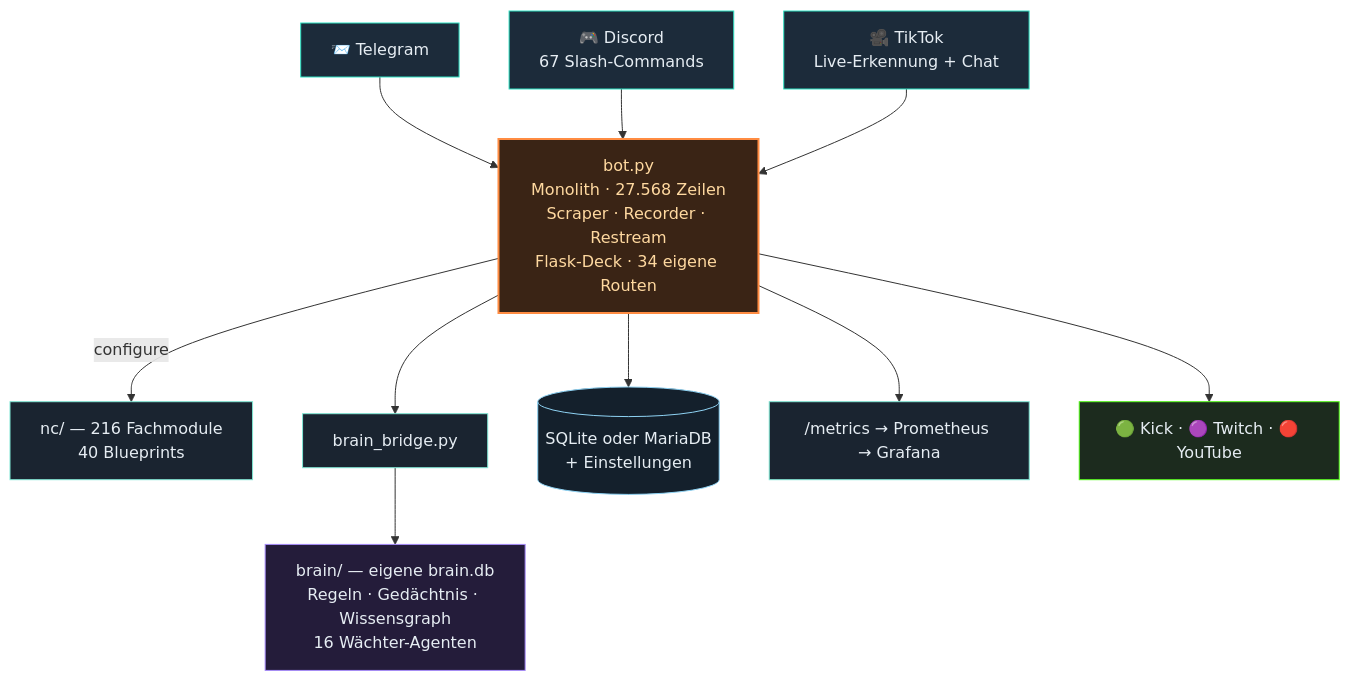
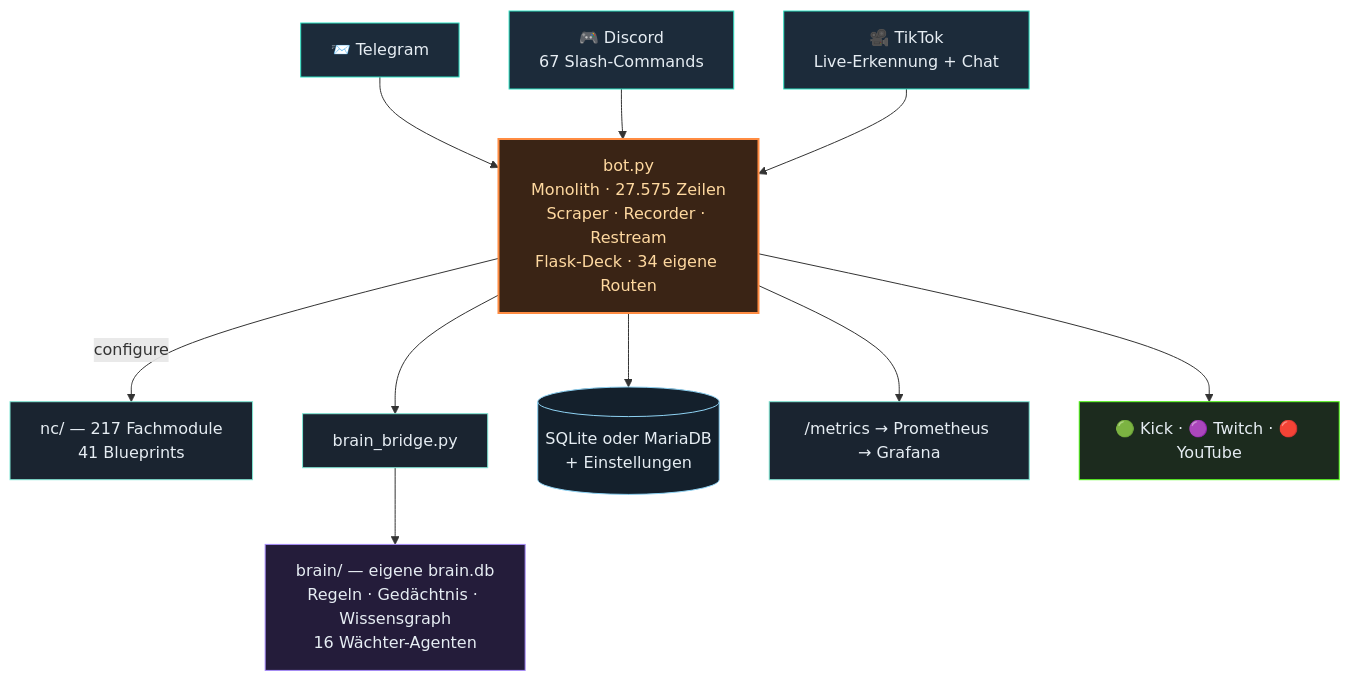
Before and after one commit to itsamemedev/Telegram-Stream-Info-Bot: the second of 3 diagrams in README.md, drawn with Mermaid. The commit also changed other lines of this file and 24 other files, not shown here.

````diff
--- a/README.md
+++ b/README.md
@@ -118,19 +118,19 @@
 ```mermaid
 flowchart TB
     TG["📨 Telegram"]:::ein --> BOT
     DC["🎮 Discord<br/>67 Slash-Commands"]:::ein --> BOT
     TT["🎥 TikTok<br/>Live-Erkennung + Chat"]:::ein --> BOT
-    BOT["bot.py<br/>Monolith · 27.568 Zeilen<br/>Scraper · Recorder · Restream<br/>Flask-Deck · 34 eigene Routen"]:::core
-    BOT -->|configure| NC["nc/ — 216 Fachmodule<br/>40 Blueprints"]:::lib
+    BOT["bot.py<br/>Monolith · 27.575 Zeilen<br/>Scraper · Recorder · Restream<br/>Flask-Deck · 34 eigene Routen"]:::core
+    BOT -->|configure| NC["nc/ — 217 Fachmodule<br/>41 Blueprints"]:::lib
     BOT --> BR["brain_bridge.py"]:::lib
     BR --> BRAIN["brain/ — eigene brain.db<br/>Regeln · Gedächtnis · Wissensgraph<br/>16 Wächter-Agenten"]:::brain
     BOT --> DB[("SQLite oder MariaDB<br/>+ Einstellungen")]:::db
     BOT --> PROM["/metrics → Prometheus → Grafana"]:::lib
     BOT --> OUT["🟢 Kick · 🟣 Twitch · 🔴 YouTube"]:::out
     classDef ein fill:#1c2b3a,stroke:#2de1c2,color:#e6edf3
     classDef core fill:#3a2415,stroke:#ff8c42,stroke-width:2px,color:#ffd9a0
     classDef lib fill:#1a2430,stroke:#7fe7d4,color:#e6edf3
     classDef brain fill:#241c3a,stroke:#a78bfa,color:#e6edf3
     classDef db fill:#14202c,stroke:#8fd3f4,color:#e6edf3
     classDef out fill:#1c2b1e,stroke:#53fc18,color:#e6edf3
 ```
````
